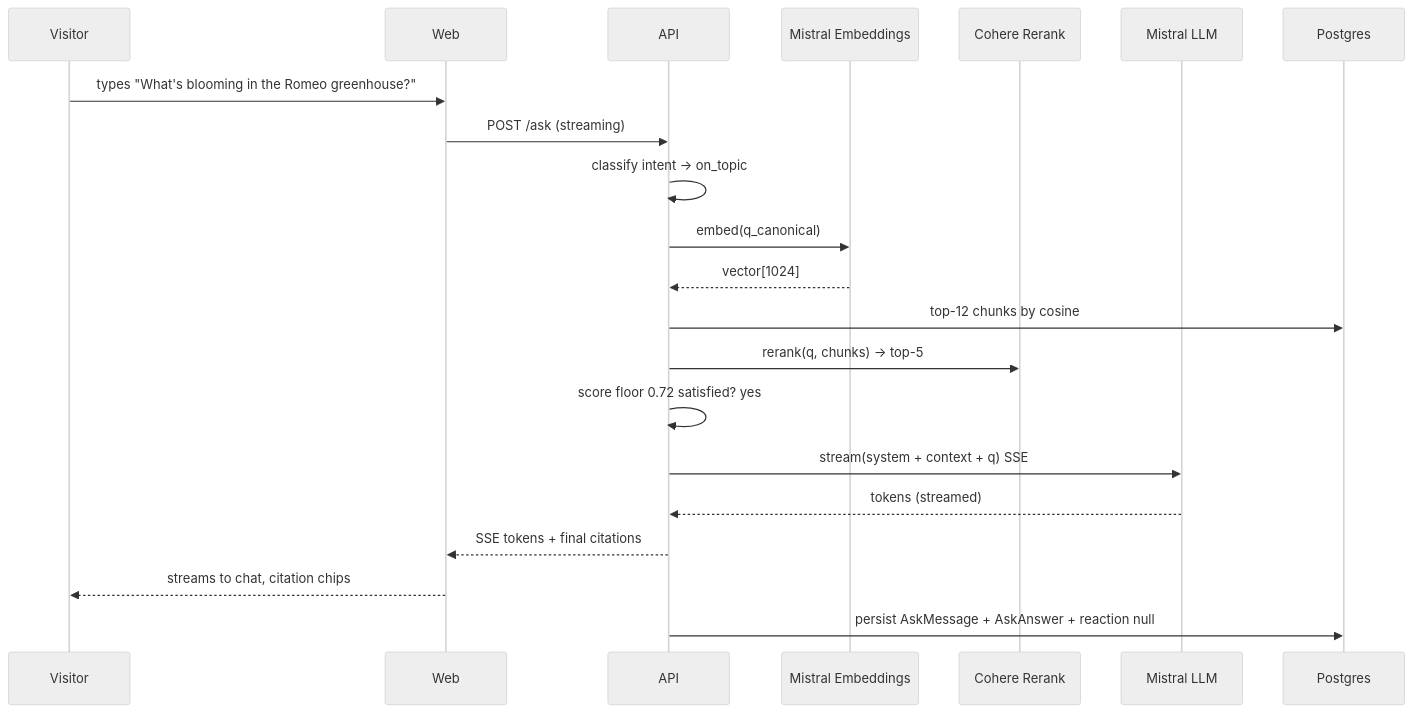
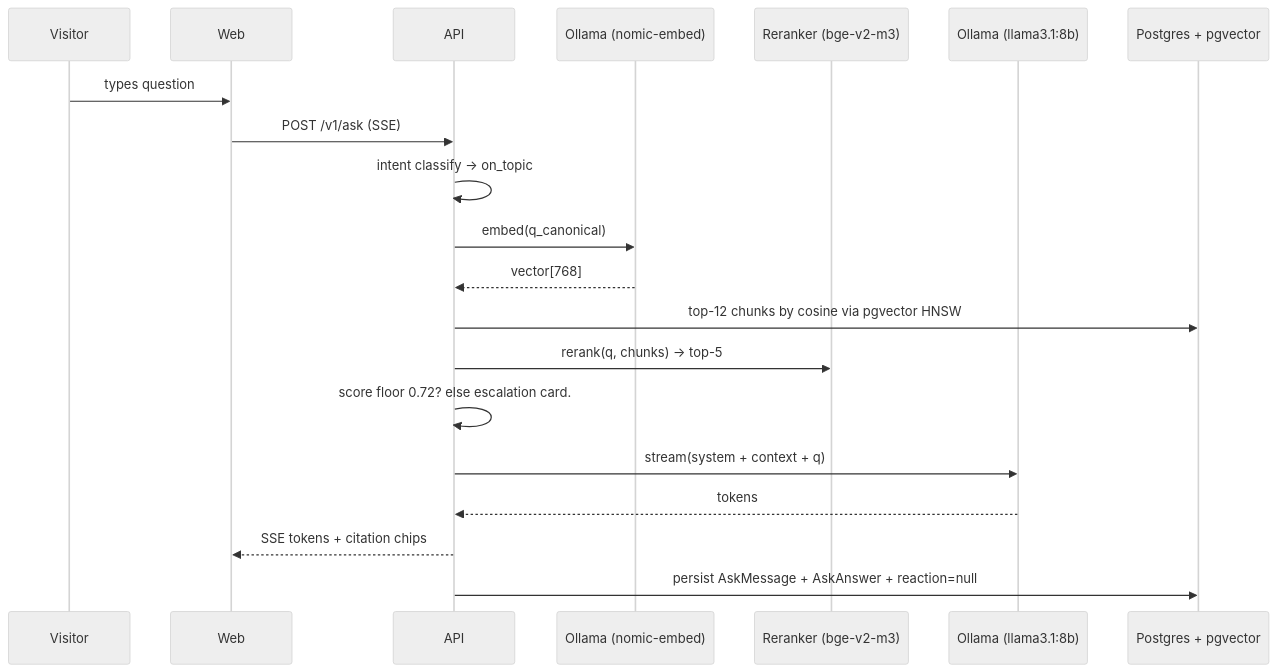
Before and after one commit to hsn07pk/BloomOulu: the fifth of 6 diagrams in production/docs/system-design.md, drawn with Mermaid (neutral theme). The commit also changed other lines of this file and 4 other files, not shown here.

````diff
--- a/production/docs/system-design.md
+++ b/production/docs/system-design.md
@@ -120,24 +168,23 @@
 ```mermaid
 sequenceDiagram
   participant V as Visitor
   participant W as Web
   participant A as API
-  participant E as Mistral Embeddings
-  participant R as Cohere Rerank
-  participant L as Mistral LLM
-  participant DB as Postgres
+  participant E as Ollama (nomic-embed)
+  participant R as Reranker (bge-v2-m3)
+  participant L as Ollama (llama3.1:8b)
+  participant DB as Postgres + pgvector
 
-  V->>W: types "What's blooming in the Romeo greenhouse?"
-  W->>A: POST /ask (streaming)
-  A->>A: classify intent → on_topic
+  V->>W: types question
+  W->>A: POST /v1/ask (SSE)
+  A->>A: intent classify → on_topic
   A->>E: embed(q_canonical)
-  E-->>A: vector[1024]
-  A->>DB: top-12 chunks by cosine
+  E-->>A: vector[768]
+  A->>DB: top-12 chunks by cosine via pgvector HNSW
   A->>R: rerank(q, chunks) → top-5
-  A->>A: score floor 0.72 satisfied? yes
-  A->>L: stream(system + context + q) SSE
-  L-->>A: tokens (streamed)
-  A-->>W: SSE tokens + final citations
-  W-->>V: streams to chat, citation chips
-  A->>DB: persist AskMessage + AskAnswer + reaction null
+  A->>A: score floor 0.72? else escalation card.
+  A->>L: stream(system + context + q)
+  L-->>A: tokens
+  A-->>W: SSE tokens + citation chips
+  A->>DB: persist AskMessage + AskAnswer + reaction=null
 ```
````
